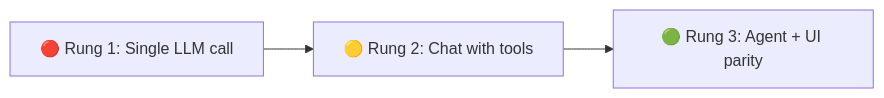
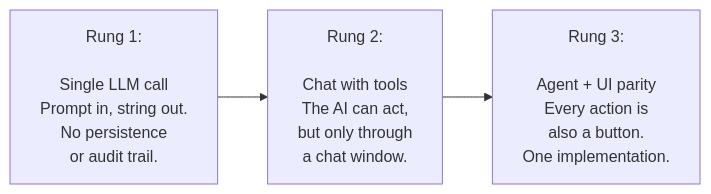
One commit to BuilderIO/agent-native changed the first of 2 diagrams in packages/core/docs/content/what-is-agent-native.mdx. Above: the diagram before and after it, drawn with Mermaid. The commit also changed other lines of this file, not shown here.

Commit message:
update What is Agent Native doc

````diff
--- a/packages/core/docs/content/what-is-agent-native.mdx
+++ b/packages/core/docs/content/what-is-agent-native.mdx
@@ -52,7 +52,22 @@
 ```mermaid
 graph LR
-  R1["🔴 Rung 1: Single LLM call"]
-  R2["🟡 Rung 2: Chat with tools"]
-  R3["🟢 Rung 3: Agent + UI parity"]
+  R1["Rung 1:
+
+  Single LLM call
+Prompt in, string out.
+No persistence
+or audit trail."]
+  R2["Rung 2:
+
+  Chat with tools
+The AI can act,
+but only through
+a chat window."]
+  R3["Rung 3:
+
+  Agent + UI parity
+Every action is
+also a button.
+One implementation."]
   R1 --> R2 --> R3
 ```
````
